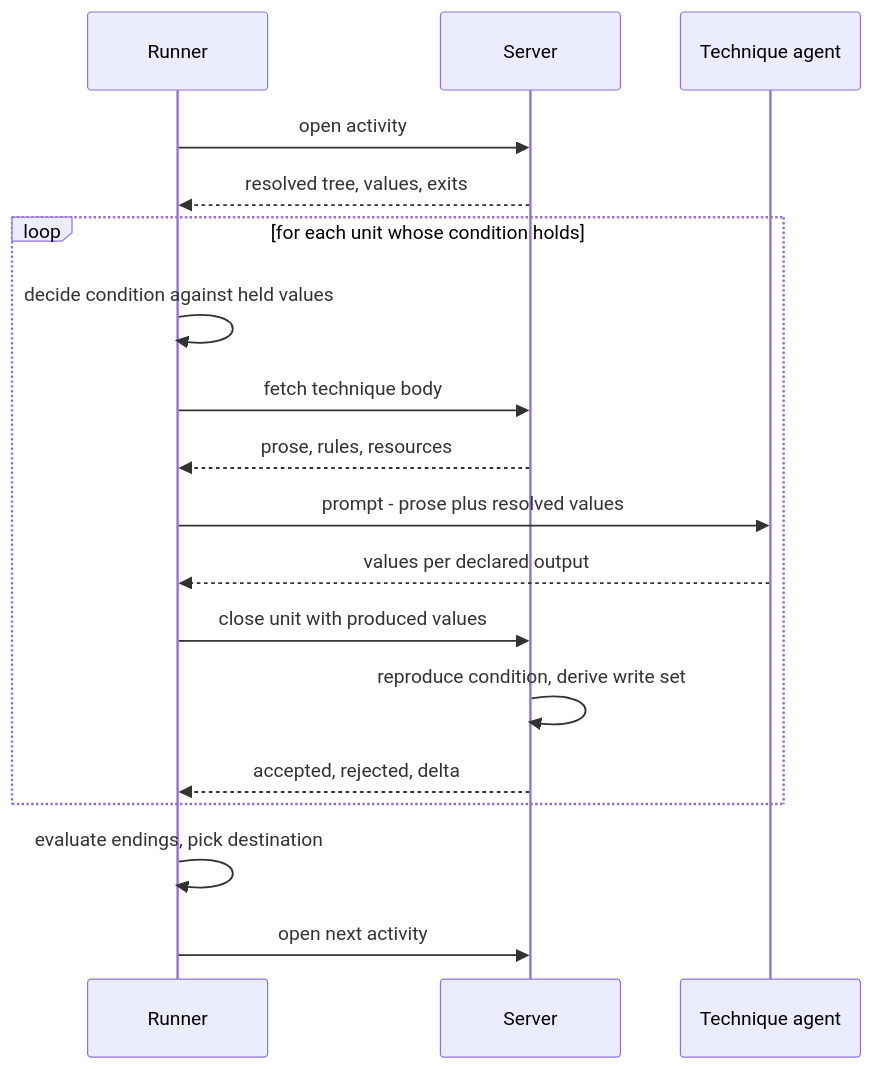
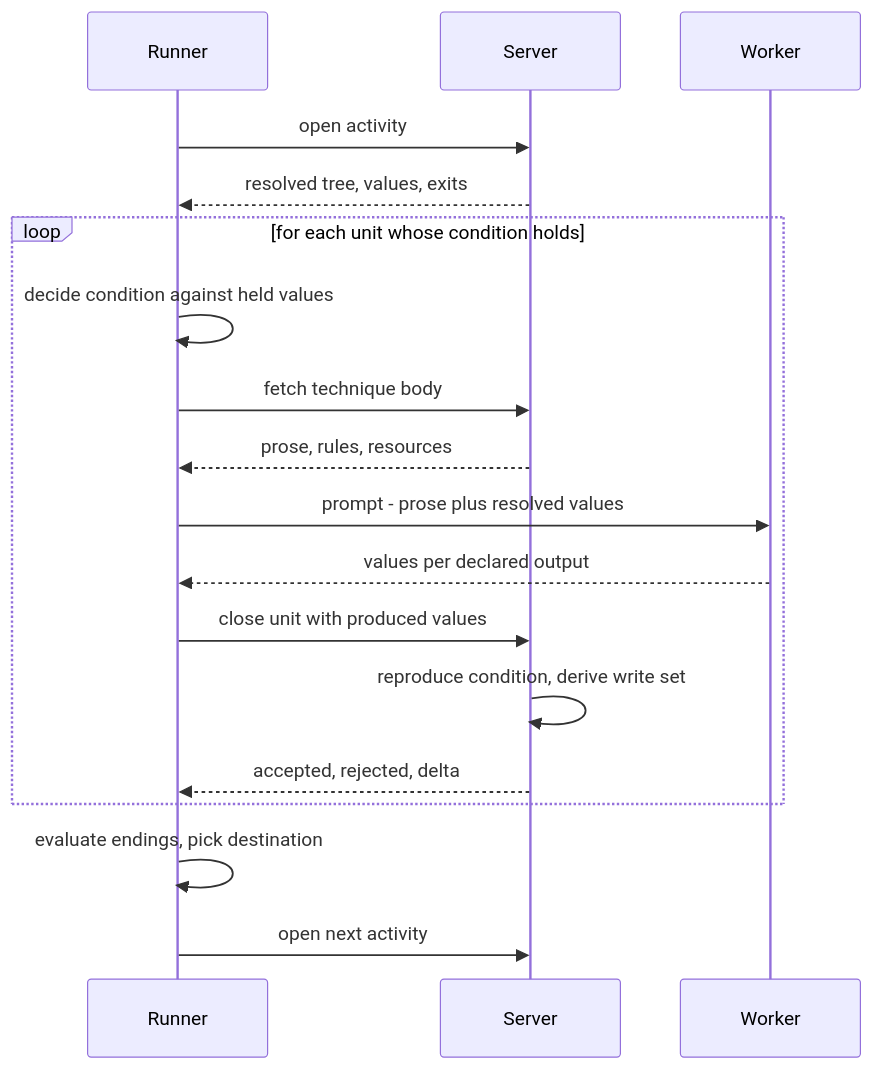
One commit to m2ux/workflow-server changed the tenth of 15 diagrams in artifacts/planning/2026-08-28-runner-execution-protocol/README.md. Above: the diagram before and after it, drawn with Mermaid. The commit also changed other lines of this file, not shown here.

````diff
--- a/artifacts/planning/2026-08-28-runner-execution-protocol/README.md
+++ b/artifacts/planning/2026-08-28-runner-execution-protocol/README.md
@@ -616,21 +677,21 @@
 ```mermaid
 sequenceDiagram
     participant R as Runner
     participant S as Server
-    participant A as Technique agent
+    participant A as Worker
 
     R->>S: open activity
     S-->>R: resolved tree, values, exits
     loop for each unit whose condition holds
         R->>R: decide condition against held values
         R->>S: fetch technique body
         S-->>R: prose, rules, resources
         R->>A: prompt - prose plus resolved values
         A-->>R: values per declared output
         R->>S: close unit with produced values
         S->>S: reproduce condition, derive write set
         S-->>R: accepted, rejected, delta
     end
     R->>R: evaluate endings, pick destination
     R->>S: open next activity
 ```
````
